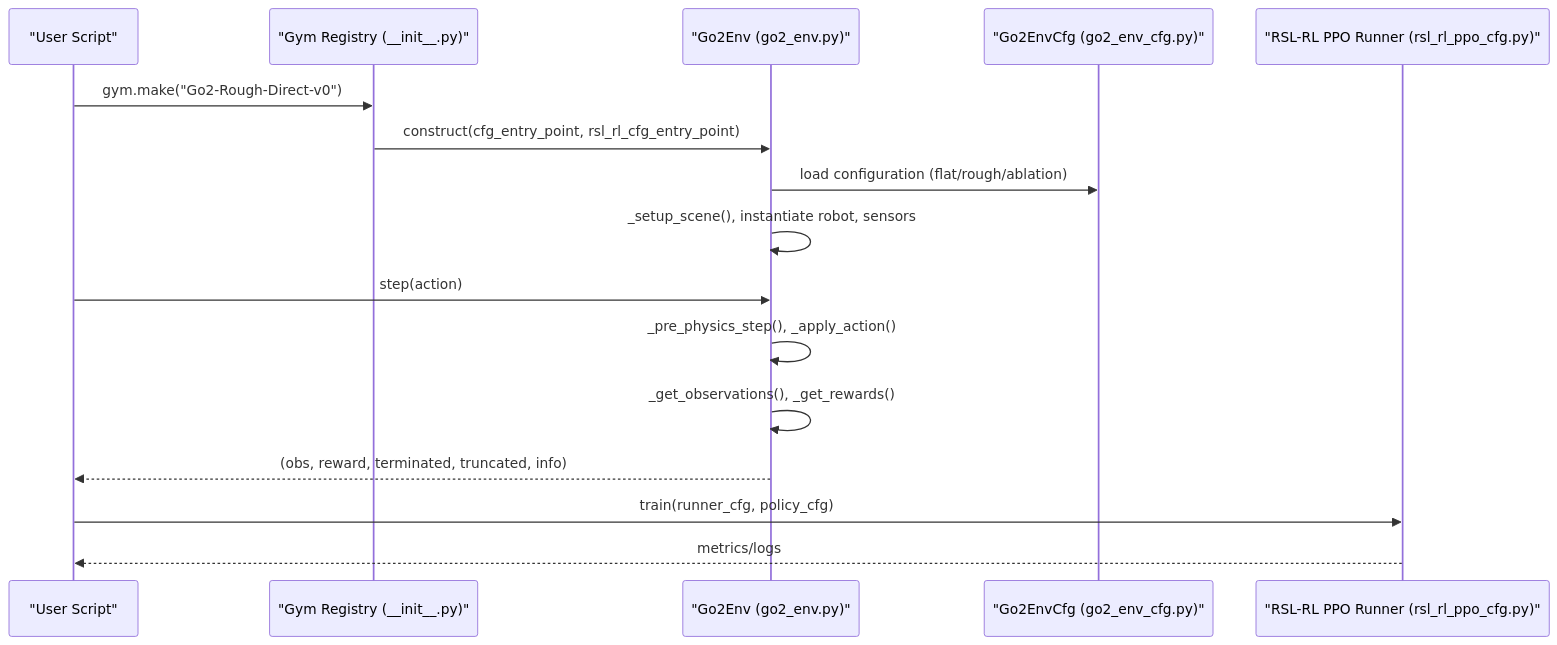
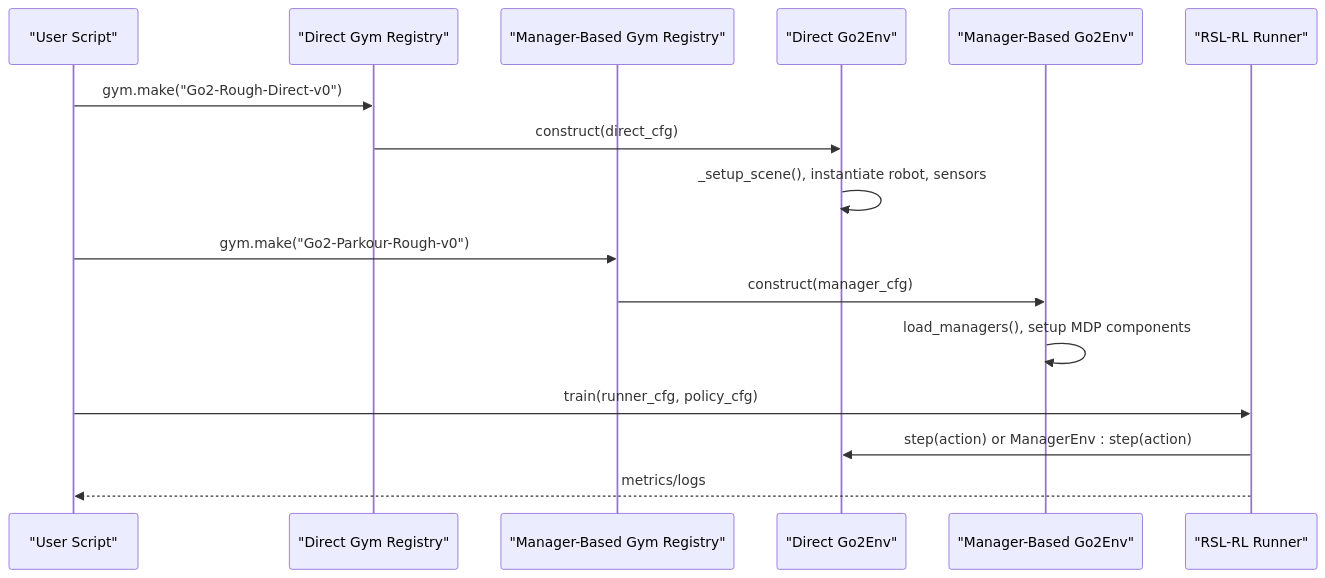
One commit to jayjayhust/extreme-quadruped-parkour changed the second of 7 diagrams in .qoder/repowiki/en/content/Go2 Environment System/Environment Configuration and Setup.md. Above: the diagram before and after it, drawn with Mermaid. The commit also changed other lines of this file and 444 other files, not shown here.

````diff
--- a/.qoder/repowiki/en/content/Go2 Environment System/Environment Configuration and Setup.md
+++ b/.qoder/repowiki/en/content/Go2 Environment System/Environment Configuration and Setup.md
@@ -87,18 +111,18 @@
 ```mermaid
 sequenceDiagram
 participant User as "User Script"
-participant Gym as "Gym Registry (__init__.py)"
-participant Env as "Go2Env (go2_env.py)"
-participant Cfg as "Go2EnvCfg (go2_env_cfg.py)"
-participant Agent as "RSL-RL PPO Runner (rsl_rl_ppo_cfg.py)"
-User->>Gym : gym.make("Go2-Rough-Direct-v0")
-Gym->>Env : construct(cfg_entry_point, rsl_rl_cfg_entry_point)
-Env->>Cfg : load configuration (flat/rough/ablation)
-Env->>Env : _setup_scene(), instantiate robot, sensors
-User->>Env : step(action)
-Env->>Env : _pre_physics_step(), _apply_action()
-Env->>Env : _get_observations(), _get_rewards()
-Env-->>User : (obs, reward, terminated, truncated, info)
+participant DirectReg as "Direct Gym Registry"
+participant ManagerReg as "Manager-Based Gym Registry"
+participant DirectEnv as "Direct Go2Env"
+participant ManagerEnv as "Manager-Based Go2Env"
+participant Agent as "RSL-RL Runner"
+User->>DirectReg : gym.make("Go2-Rough-Direct-v0")
+DirectReg->>DirectEnv : construct(direct_cfg)
+DirectEnv->>DirectEnv : _setup_scene(), instantiate robot, sensors
+User->>ManagerReg : gym.make("Go2-Parkour-Rough-v0")
+ManagerReg->>ManagerEnv : construct(manager_cfg)
+ManagerEnv->>ManagerEnv : load_managers(), setup MDP components
 User->>Agent : train(runner_cfg, policy_cfg)
+Agent->>DirectEnv : step(action) or ManagerEnv : step(action)
 Agent-->>User : metrics/logs
 ```
````
